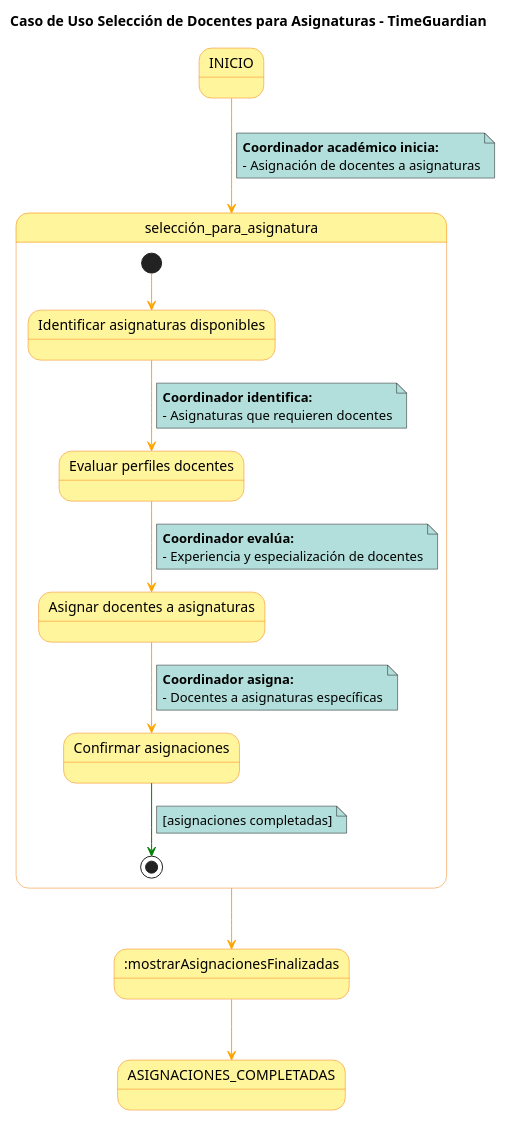
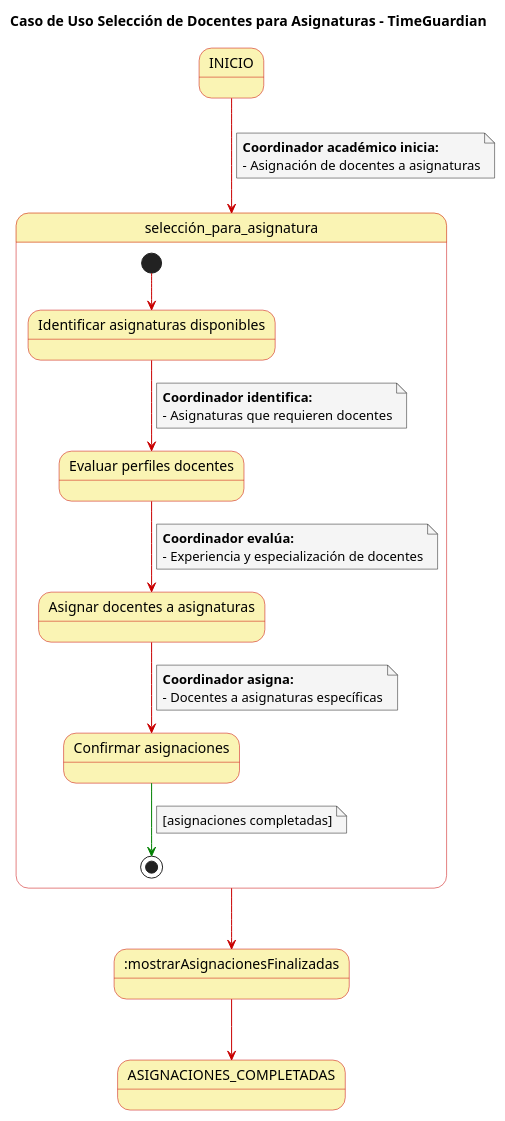
One commit to FernandoWilliam26/23-24-IdSw1-SDR changed the diagram in Casos de Uso/Detalles de Selección de docentes.puml. Above: the diagram before and after it, drawn with PlantUML. The commit also changed other lines of this file, not shown here.

```diff
--- a/Casos de Uso/Detalles de Selección de docentes.puml
+++ b/Casos de Uso/Detalles de Selección de docentes.puml
@@ -1,54 +1,56 @@
 @startuml
 
 skinparam state {
-  BackgroundColor #fff59d
-  BorderColor #f57f17
+  BackgroundColor #faf4b4
+  BorderColor #c90000
+  TextColor #757575
 }
 
 skinparam note {
-  BackgroundColor #b2dfdb
+  BackgroundColor #f5f5f5
+  TextColor #757575
 }
 
 skinparam linetype polyline
 
 title Caso de Uso Selección de Docentes para Asignaturas - TimeGuardian
 
-INICIO -[#orange]-> selección_para_asignatura
+INICIO -[#c90000]-> selección_para_asignatura
 note on link
   **Coordinador académico inicia:**
   - Asignación de docentes a asignaturas
 end note
 
 state selección_para_asignatura {
   state "Identificar asignaturas disponibles" as A
   state "Evaluar perfiles docentes" as B
   state "Asignar docentes a asignaturas" as C
   state "Confirmar asignaciones" as D
 
-  [*] -[#orange]-> A
-  A -[#orange]-> B
+  [*] -[#c90000]-> A
+  A -[#c90000]-> B
   note on link
       **Coordinador identifica:**
       - Asignaturas que requieren docentes
   end note
-  B -[#orange]-> C
+  B -[#c90000]-> C
   note on link
     **Coordinador evalúa:**
     - Experiencia y especialización de docentes
   end note
-  C -[#orange]-> D
+  C -[#c90000]-> D
   note on link
     **Coordinador asigna:**
     - Docentes a asignaturas específicas
   end note
   D -[#green]-> [*]
   note on link
     [asignaciones completadas]
   end note
 }
 
-selección_para_asignatura -[#orange]-> :mostrarAsignacionesFinalizadas
+selección_para_asignatura -[#c90000]-> :mostrarAsignacionesFinalizadas
 
-:mostrarAsignacionesFinalizadas -[#orange]-> ASIGNACIONES_COMPLETADAS
+:mostrarAsignacionesFinalizadas -[#c90000]-> ASIGNACIONES_COMPLETADAS
 
 @enduml
```
